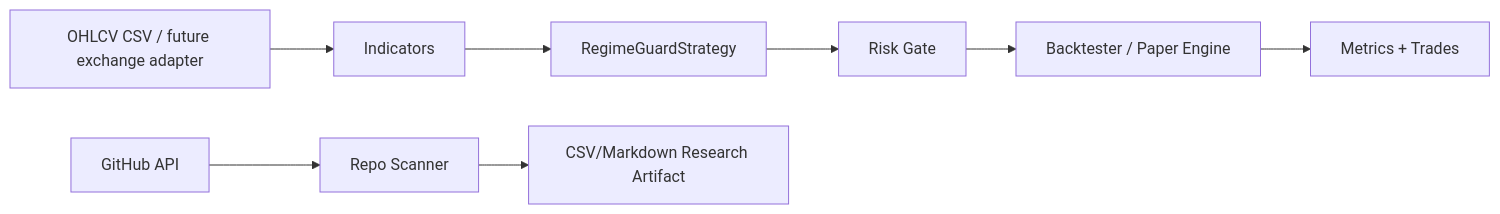
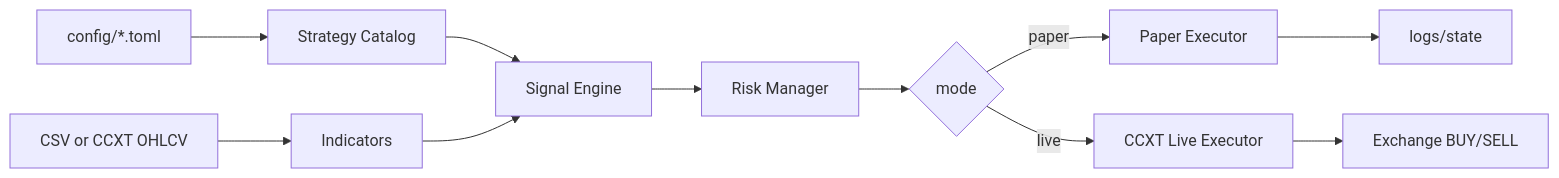
The diagram in README.md (univcorp2-ctrl/crypto-regime-guard-bot), drawn with Mermaid before and after one commit. The commit also changed other lines of this file, not shown here.

Commit message:
Add selectable strategies and live trading engine

````diff
--- a/README.md
+++ b/README.md
@@ -103,10 +104,13 @@
 ```mermaid
 flowchart LR
-  A[OHLCV CSV / future exchange adapter] --> B[Indicators]
-  B --> C[RegimeGuardStrategy]
-  C --> D[Risk Gate]
-  D --> E[Backtester / Paper Engine]
-  E --> F[Metrics + Trades]
-  G[GitHub API] --> H[Repo Scanner]
-  H --> I[CSV/Markdown Research Artifact]
+  C[config/*.toml] --> S[Strategy Catalog]
+  D[CSV or CCXT OHLCV] --> I[Indicators]
+  S --> E[Signal Engine]
+  I --> E
+  E --> R[Risk Manager]
+  R --> P{mode}
+  P -->|paper| PA[Paper Executor]
+  P -->|live| LX[CCXT Live Executor]
+  PA --> L[logs/state]
+  LX --> X[Exchange BUY/SELL]
 ```
````
